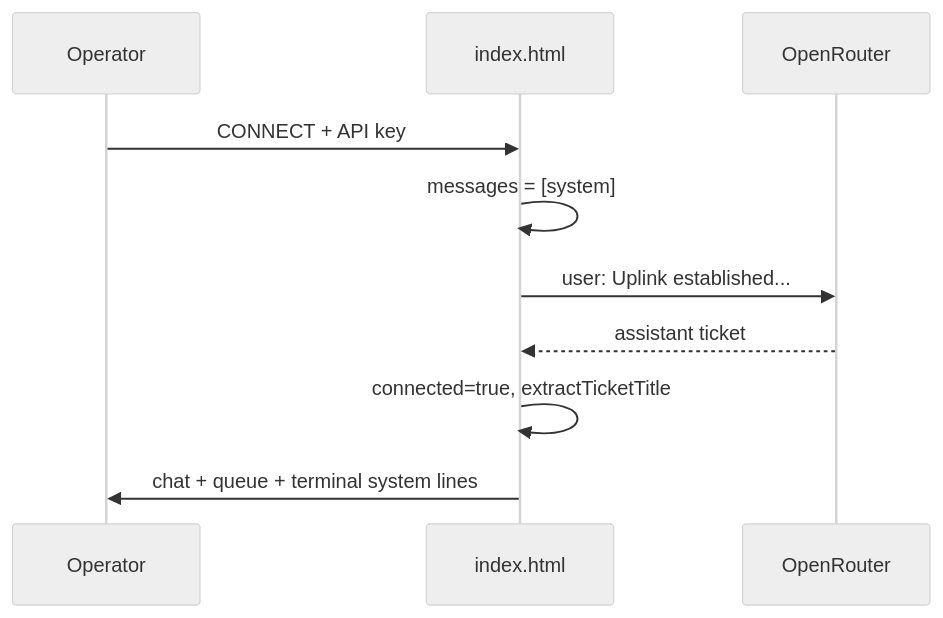
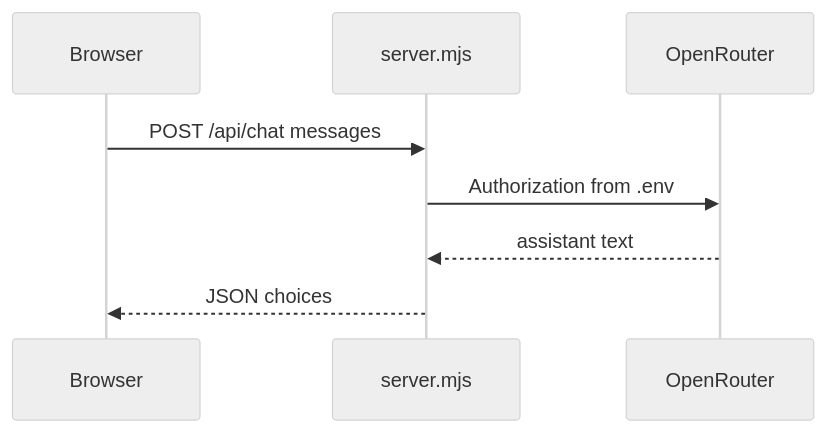
One commit to VrachoxWizard/it-test-ai changed the diagram in ARCHITECTURE.md. Above: the diagram before and after it, drawn with Mermaid (neutral theme). The commit also changed other lines of this file and 22 other files, not shown here.

First line of the commit message:
Add v3 learning upgrade with modular public app and API proxy.

````diff
--- a/ARCHITECTURE.md
+++ b/ARCHITECTURE.md
@@ -33,13 +5,11 @@
 ```mermaid
 sequenceDiagram
-  participant U as Operator
-  participant App as index.html
+  participant Browser
+  participant Server as server.mjs
   participant OR as OpenRouter
 
-  U->>App: CONNECT + API key
-  App->>App: messages = [system]
-  App->>OR: user: Uplink established...
-  OR-->>App: assistant ticket
-  App->>App: connected=true, extractTicketTitle
-  App->>U: chat + queue + terminal system lines
+  Browser->>Server: POST /api/chat messages
+  Server->>OR: Authorization from .env
+  OR-->>Server: assistant text
+  Server-->>Browser: JSON choices
 ```
````
